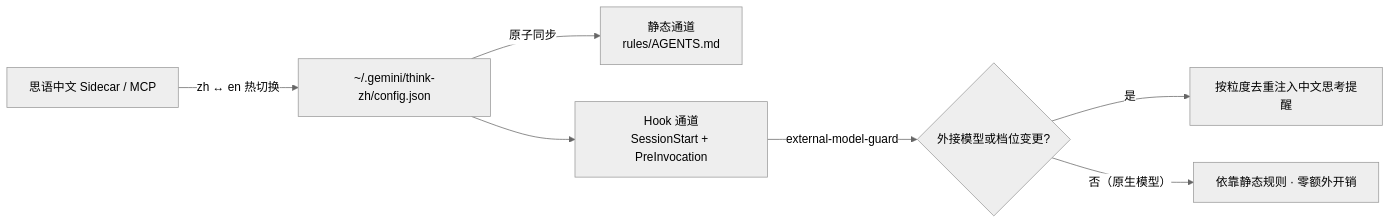
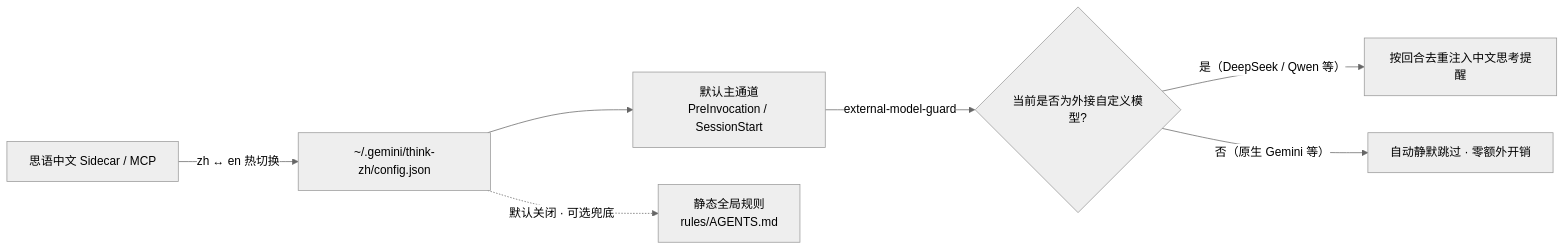
One commit to A16Nights/antigravity-think-zh changed the diagram in README.md. Above: the diagram before and after it, drawn with Mermaid (neutral theme). The commit also changed other lines of this file and 11 other files, not shown here.

````diff
--- a/README.md
+++ b/README.md
@@ -104,9 +111,9 @@
 ```mermaid
 flowchart LR
   UI["思语中文 Sidecar / MCP"] -->|"zh ↔ en 热切换"| CFG["~/.gemini/think-zh/config.json"]
-  CFG -->|"原子同步"| RULE["静态通道<br/>rules/AGENTS.md"]
-  CFG --> HOOK["Hook 通道<br/>SessionStart + PreInvocation"]
-  HOOK -->|"external-model-guard"| DEC{"外接模型或档位变更?"}
-  DEC -->|"是"| INJ["按粒度去重注入中文思考提醒"]
-  DEC -->|"否（原生模型）"| SKIP["依靠静态规则 · 零额外开销"]
+  CFG --> HOOK["默认主通道<br/>PreInvocation / SessionStart"]
+  HOOK -->|"external-model-guard"| DEC{"当前是否为外接自定义模型?"}
+  DEC -->|"是（DeepSeek / Qwen 等）"| INJ["按回合去重注入中文思考提醒"]
+  DEC -->|"否（原生 Gemini 等）"| SKIP["自动静默跳过 · 零额外开销"]
+  CFG -.->|"默认关闭 · 可选兜底"| RULE["静态全局规则<br/>rules/AGENTS.md"]
 ```
````
